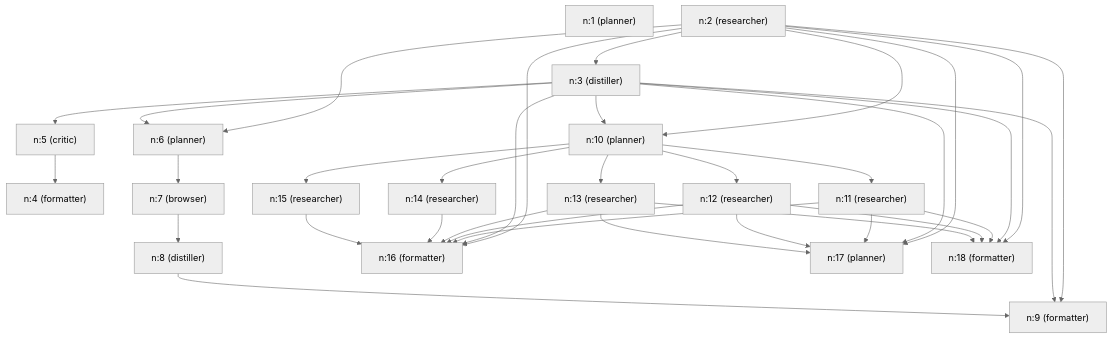
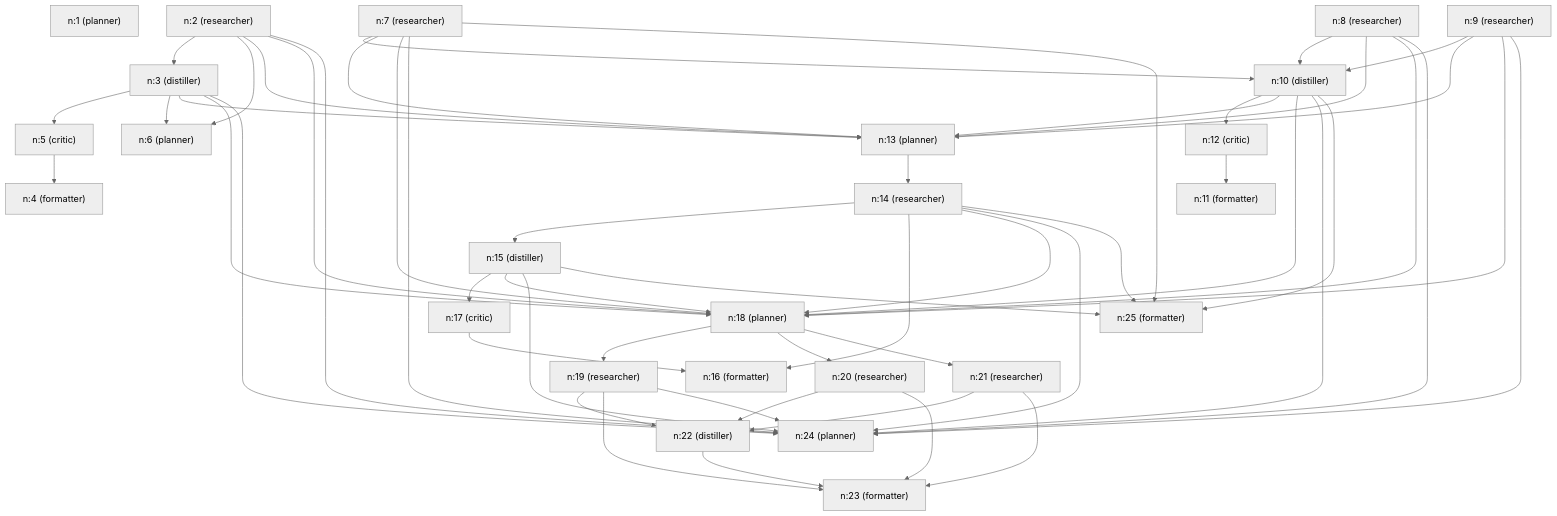
The diagram in S9/S9SharedCode/code/REPLAY_REPORT.md (patilpankaj20/structured-cognitive-agent), drawn with Mermaid (neutral theme) before and after one commit. The commit also changed other lines of this file and 4 other files, not shown here.

````diff
--- a/S9/S9SharedCode/code/REPLAY_REPORT.md
+++ b/S9/S9SharedCode/code/REPLAY_REPORT.md
@@ -14,55 +14,80 @@
 ```mermaid
 graph TD
     n:1["n:1 (planner)"]
     n:2["n:2 (researcher)"]
     n:3["n:3 (distiller)"]
     n:4["n:4 (formatter)"]
     n:5["n:5 (critic)"]
     n:6["n:6 (planner)"]
-    n:7["n:7 (browser)"]
-    n:8["n:8 (distiller)"]
-    n:9["n:9 (formatter)"]
-    n:10["n:10 (planner)"]
-    n:11["n:11 (researcher)"]
-    n:12["n:12 (researcher)"]
-    n:13["n:13 (researcher)"]
+    n:7["n:7 (researcher)"]
+    n:8["n:8 (researcher)"]
+    n:9["n:9 (researcher)"]
+    n:10["n:10 (distiller)"]
+    n:11["n:11 (formatter)"]
+    n:12["n:12 (critic)"]
+    n:13["n:13 (planner)"]
     n:14["n:14 (researcher)"]
-    n:15["n:15 (researcher)"]
+    n:15["n:15 (distiller)"]
     n:16["n:16 (formatter)"]
-    n:17["n:17 (planner)"]
-    n:18["n:18 (formatter)"]
+    n:17["n:17 (critic)"]
+    n:18["n:18 (planner)"]
+    n:19["n:19 (researcher)"]
+    n:20["n:20 (researcher)"]
+    n:21["n:21 (researcher)"]
+    n:22["n:22 (distiller)"]
+    n:23["n:23 (formatter)"]
+    n:24["n:24 (planner)"]
+    n:25["n:25 (formatter)"]
     n:2 --> n:3
     n:2 --> n:6
-    n:2 --> n:9
-    n:2 --> n:10
-    n:2 --> n:16
-    n:2 --> n:17
+    n:2 --> n:13
     n:2 --> n:18
+    n:2 --> n:24
     n:3 --> n:5
     n:3 --> n:6
-    n:3 --> n:9
-    n:3 --> n:10
-    n:3 --> n:16
-    n:3 --> n:17
+    n:3 --> n:13
     n:3 --> n:18
+    n:3 --> n:24
     n:5 --> n:4
-    n:6 --> n:7
-    n:7 --> n:8
-    n:8 --> n:9
-    n:10 --> n:11
+    n:7 --> n:10
+    n:7 --> n:13
+    n:7 --> n:18
+    n:7 --> n:24
+    n:7 --> n:25
+    n:8 --> n:10
+    n:8 --> n:13
+    n:8 --> n:18
+    n:8 --> n:24
+    n:9 --> n:10
+    n:9 --> n:13
+    n:9 --> n:18
+    n:9 --> n:24
     n:10 --> n:12
     n:10 --> n:13
-    n:10 --> n:14
-    n:10 --> n:15
-    n:11 --> n:16
-    n:11 --> n:17
-    n:11 --> n:18
-    n:12 --> n:16
-    n:12 --> n:17
-    n:12 --> n:18
-    n:13 --> n:16
-    n:13 --> n:17
-    n:13 --> n:18
+    n:10 --> n:18
+    n:10 --> n:24
+    n:10 --> n:25
+    n:12 --> n:11
+    n:13 --> n:14
+    n:14 --> n:15
     n:14 --> n:16
-    n:15 --> n:16
+    n:14 --> n:18
+    n:14 --> n:24
+    n:14 --> n:25
+    n:15 --> n:17
+    n:15 --> n:18
+    n:15 --> n:24
+    n:15 --> n:25
+    n:17 --> n:16
+    n:18 --> n:19
+    n:18 --> n:20
+    n:18 --> n:21
+    n:19 --> n:22
+    n:19 --> n:23
+    n:19 --> n:24
+    n:20 --> n:22
+    n:20 --> n:23
+    n:21 --> n:22
+    n:21 --> n:23
+    n:22 --> n:23
 ```
````
